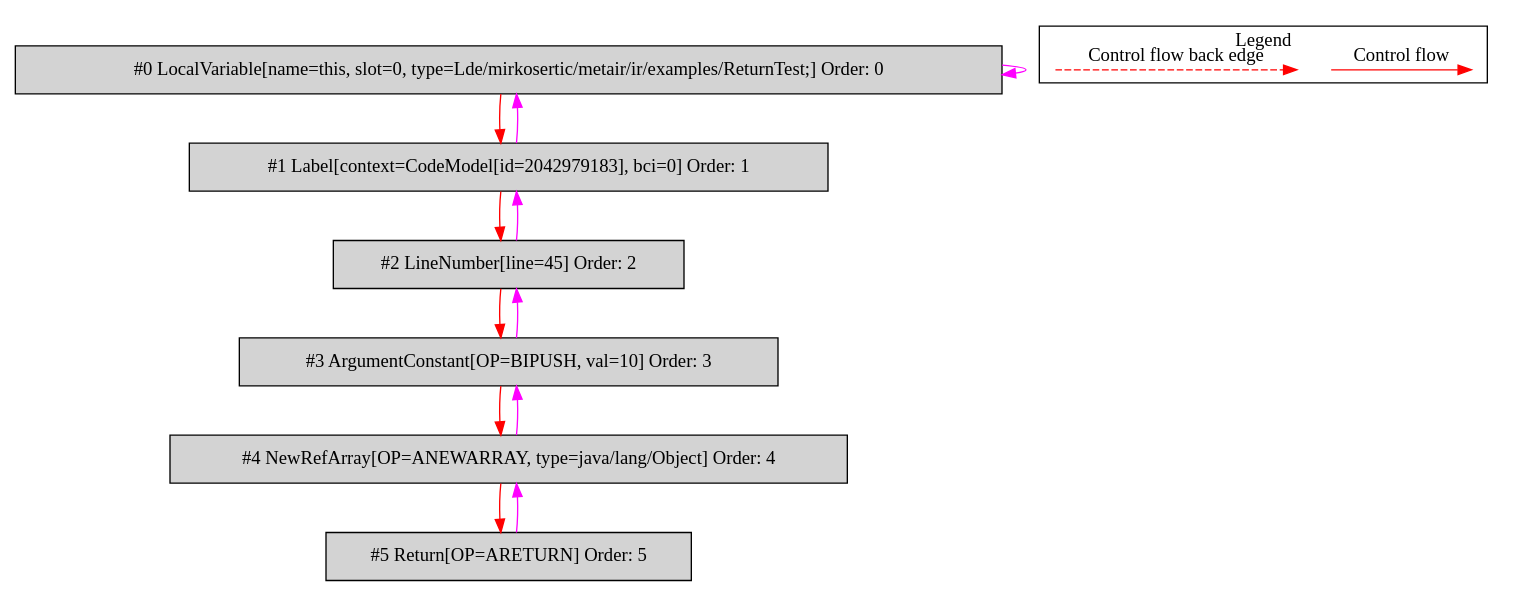
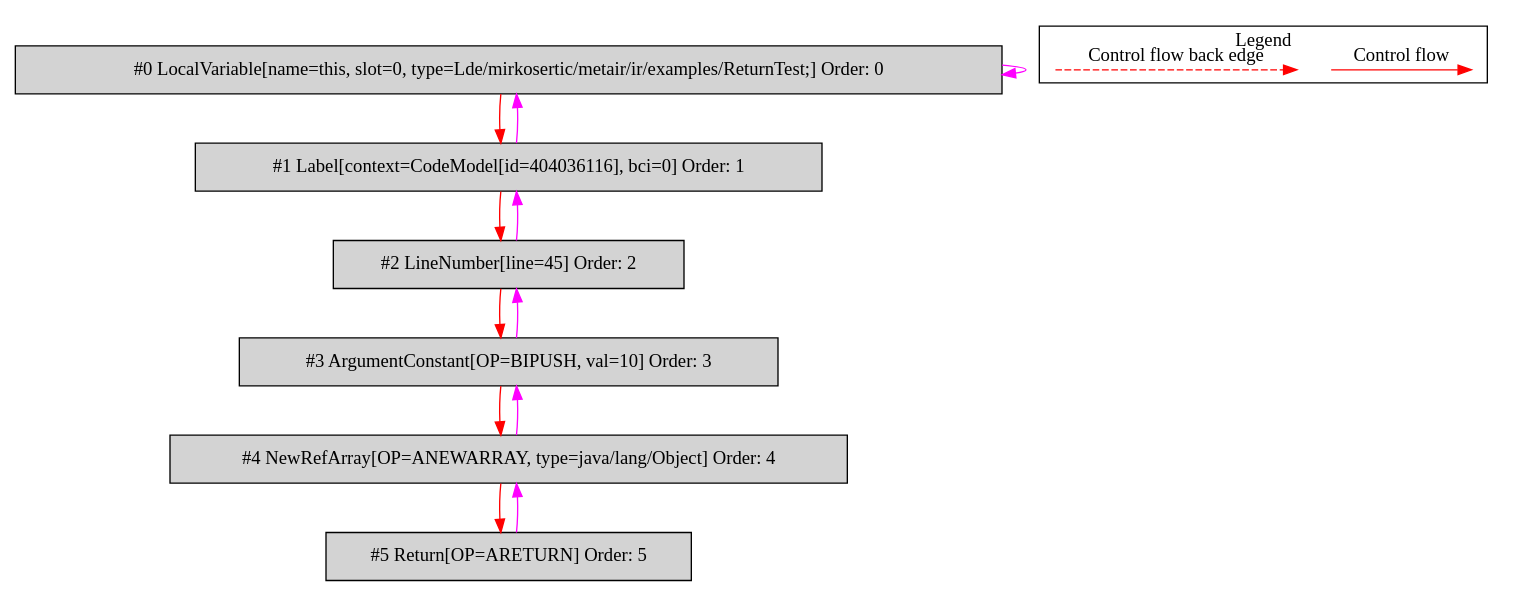
The diagram in de.mirkosertic.metair.ir.examples.ReturnTest/returnArray/bytecodecfg.dot (mirkosertic/MetaIR), drawn with Graphviz before and after one commit. The commit also changed 465 other files, not shown here.

```diff
--- a/de.mirkosertic.metair.ir.examples.ReturnTest/returnArray/bytecodecfg.dot
+++ b/de.mirkosertic.metair.ir.examples.ReturnTest/returnArray/bytecodecfg.dot
@@ -1,34 +1,34 @@
 digraph {
  ordering="in";
  node0[label="#0 LocalVariable[name=this, slot=0, type=Lde/mirkosertic/metair/ir/examples/ReturnTest;] Order: 0", shape=box, fillcolor=lightgrey, style=filled];
- node1[label="#1 Label[context=CodeModel[id=2042979183], bci=0] Order: 1", shape=box, fillcolor=lightgrey, style=filled];
+ node1[label="#1 Label[context=CodeModel[id=404036116], bci=0] Order: 1", shape=box, fillcolor=lightgrey, style=filled];
  node2[label="#2 LineNumber[line=45] Order: 2", shape=box, fillcolor=lightgrey, style=filled];
  node3[label="#3 ArgumentConstant[OP=BIPUSH, val=10] Order: 3", shape=box, fillcolor=lightgrey, style=filled];
  node4[label="#4 NewRefArray[OP=ANEWARRAY, type=java/lang/Object] Order: 4", shape=box, fillcolor=lightgrey, style=filled];
  node5[label="#5 Return[OP=ARETURN] Order: 5", shape=box, fillcolor=lightgrey, style=filled];
  node0 -> node0[color=fuchsia];
  node0 -> node1[color=red];
  node1 -> node0[color=fuchsia];
  node1 -> node2[color=red];
  node2 -> node1[color=fuchsia];
  node2 -> node3[color=red];
  node3 -> node2[color=fuchsia];
  node3 -> node4[color=red];
  node4 -> node3[color=fuchsia];
  node4 -> node5[color=red];
  node5 -> node4[color=fuchsia];
  subgraph cluster_000 {
   label = "Legend";
   node [shape=point]
   {
    rank=same;
    c0 [style = invis];
    c1 [style = invis];
    c2 [style = invis];
    c3 [style = invis];
   }
   c0 -> c1 [label="Control flow", style=solid, color=red]
   c2 -> c3 [label="Control flow back edge", style=dashed, color=red]
  }
 
 }
```
